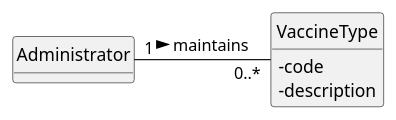
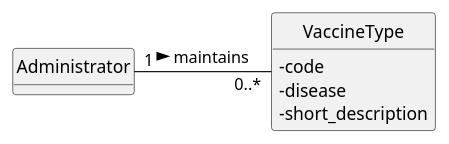
Before and after one commit to afonso51111/leti-esoft-25-26-A33: the diagram in project-template/docs/sprint2/US10/puml/US10-MD.puml, drawn with PlantUML. The commit also changed 4 other files, not shown here.

```diff
--- a/project-template/docs/sprint2/US10/puml/US10-MD.puml
+++ b/project-template/docs/sprint2/US10/puml/US10-MD.puml
@@ -1,17 +1,18 @@
 @startuml
 'https://plantuml-server.url.net/svg/
 skinparam classAttributeIconSize 0
 hide circle
 hide methods
 
 class Administrator {
 }
 
 class VaccineType {
-    - code
-    - description
+       - code
+       - disease
+       - short_description
 }
 
 Administrator "1" -right-- "0..*" VaccineType:  maintains >
 
 @enduml
```
